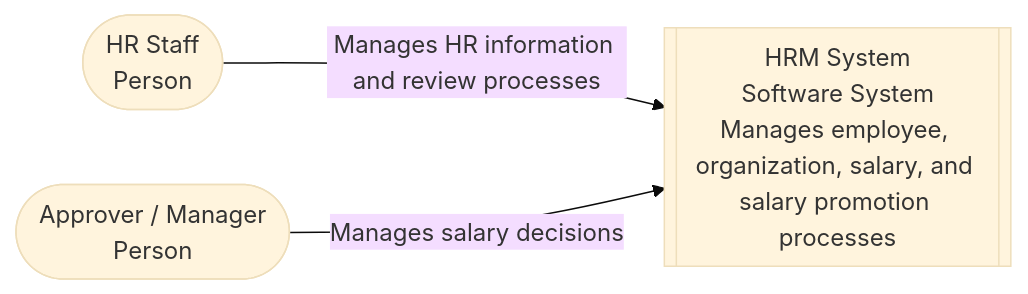
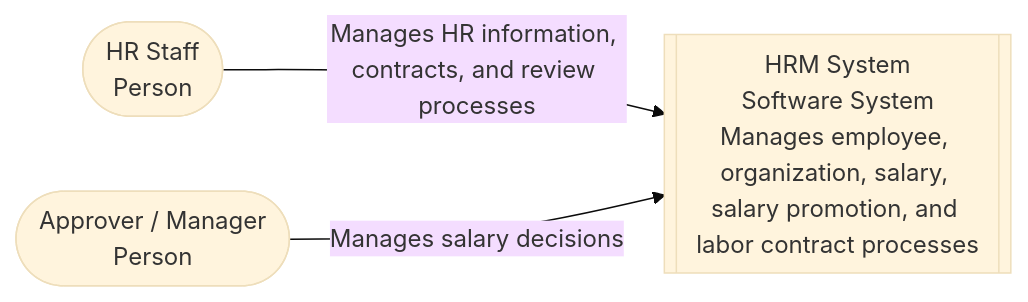
One commit to sang2197/QuanLyNhanSu-NguyenVanSang changed the first of 3 diagrams in Docs/c4/README.md. Above: the diagram before and after it, drawn with Mermaid (base theme). The commit also changed other lines of this file and 11 other files, not shown here.

````diff
--- a/Docs/c4/README.md
+++ b/Docs/c4/README.md
@@ -38,9 +38,9 @@
 ```mermaid
 flowchart LR
     HR([HR Staff<br/>Person])
     APR([Approver / Manager<br/>Person])
-    SYS[["HRM System<br/>Software System<br/>Manages employee, organization, salary, and salary promotion processes"]]
+    SYS[["HRM System<br/>Software System<br/>Manages employee, organization, salary, salary promotion, and labor contract processes"]]
 
-    HR -->|Manages HR information and review processes| SYS
+    HR -->|Manages HR information, contracts, and review processes| SYS
     APR -->|Manages salary decisions| SYS
 ```
````
